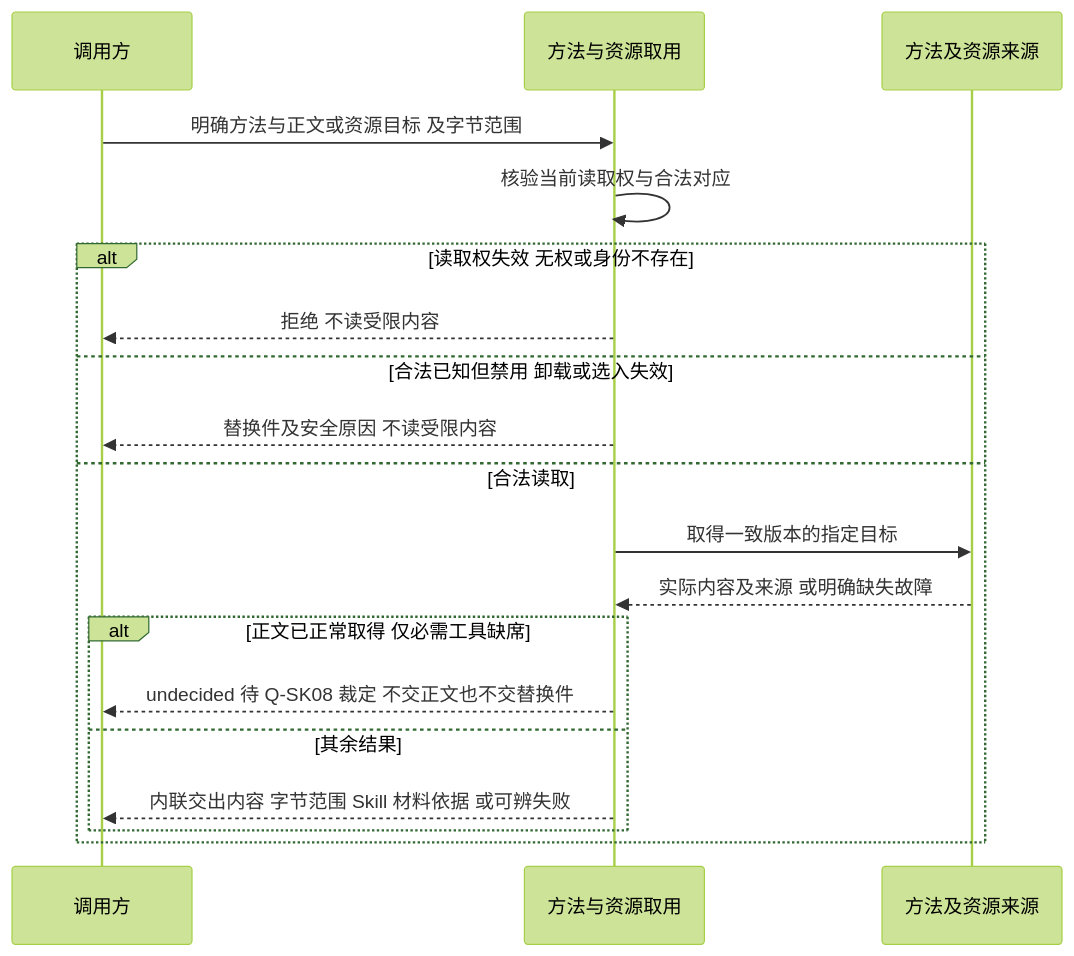
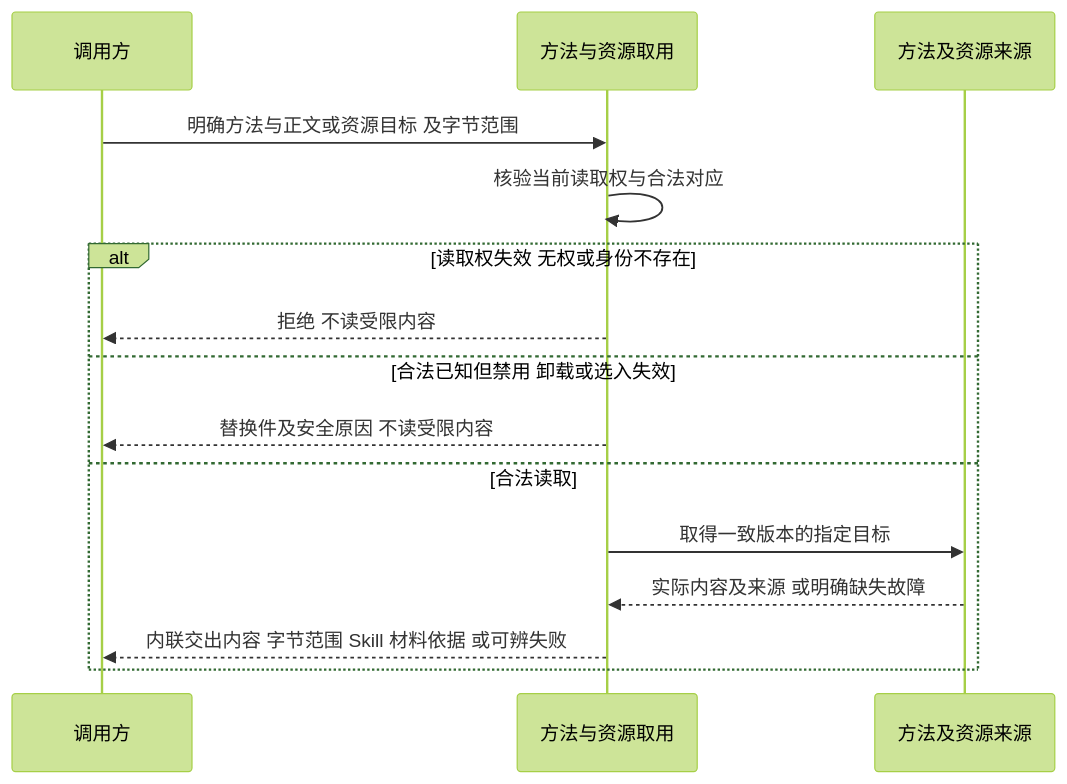
Before and after one commit to nemori-ai/omne-harness-lite: the first of 4 diagrams in docs/domains/skills/key-flows.md, drawn with Mermaid (forest theme). The commit also changed other lines of this file and 3 other files, not shown here.

````diff
--- a/docs/domains/skills/key-flows.md
+++ b/docs/domains/skills/key-flows.md
@@ -15,21 +15,17 @@
 ```mermaid
 sequenceDiagram
   participant C as 调用方
   participant A as 方法与资源取用
   participant S as 方法及资源来源
   C->>A: 明确方法与正文或资源目标 及字节范围
   A->>A: 核验当前读取权与合法对应
   alt 读取权失效 无权或身份不存在
     A-->>C: 拒绝 不读受限内容
   else 合法已知但禁用 卸载或选入失效
     A-->>C: 替换件及安全原因 不读受限内容
   else 合法读取
     A->>S: 取得一致版本的指定目标
     S-->>A: 实际内容及来源 或明确缺失故障
-    alt 正文已正常取得 仅必需工具缺席
-      A-->>C: undecided 待 Q-SK08 裁定 不交正文也不交替换件
-    else 其余结果
-      A-->>C: 内联交出内容 字节范围 Skill 材料依据 或可辨失败
-    end
+    A-->>C: 内联交出内容 字节范围 Skill 材料依据 或可辨失败
   end
 ```
````
